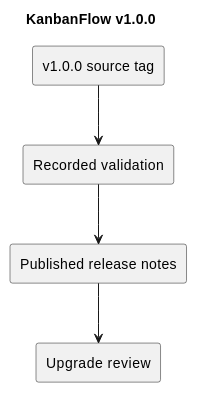
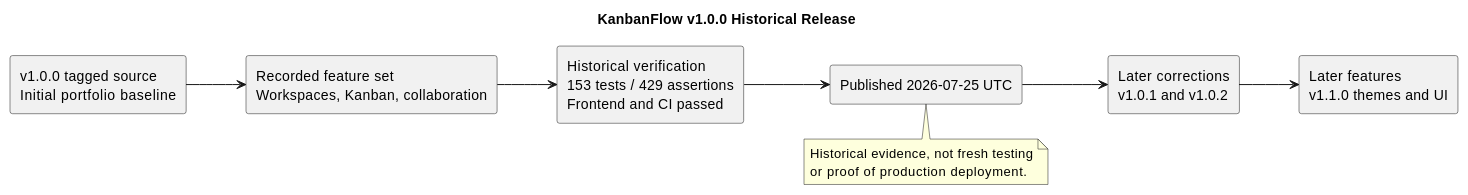
The diagram in docs/Releases/v1.0.0.md (Farhad-Valizadegan/Web-KanbanFlow), drawn with PlantUML before and after one commit. The commit also changed other lines of this file and 2 other files, not shown here.

Commit message:
docs: complete v1.0.0 historical release record

````diff
--- a/docs/Releases/v1.0.0.md
+++ b/docs/Releases/v1.0.0.md
@@ -31,12 +107,21 @@
 ```plantuml
 @startuml
-title KanbanFlow v1.0.0
-rectangle "v1.0.0 source tag" as T
-rectangle "Recorded validation" as V
-rectangle "Published release notes" as N
-rectangle "Upgrade review" as U
-T --> V
-V --> N
-N --> U
+title KanbanFlow v1.0.0 Historical Release
+left to right direction
+rectangle "v1.0.0 tagged source\nInitial portfolio baseline" as T
+rectangle "Recorded feature set\nWorkspaces, Kanban, collaboration" as F
+rectangle "Historical verification\n153 tests / 429 assertions\nFrontend and CI passed" as V
+rectangle "Published 2026-07-25 UTC" as P
+rectangle "Later corrections\nv1.0.1 and v1.0.2" as C
+rectangle "Later features\nv1.1.0 themes and UI" as U
+T --> F
+F --> V
+V --> P
+P --> C
+C --> U
+note bottom of P
+Historical evidence, not fresh testing
+or proof of production deployment.
+end note
 @enduml
 ```
````
